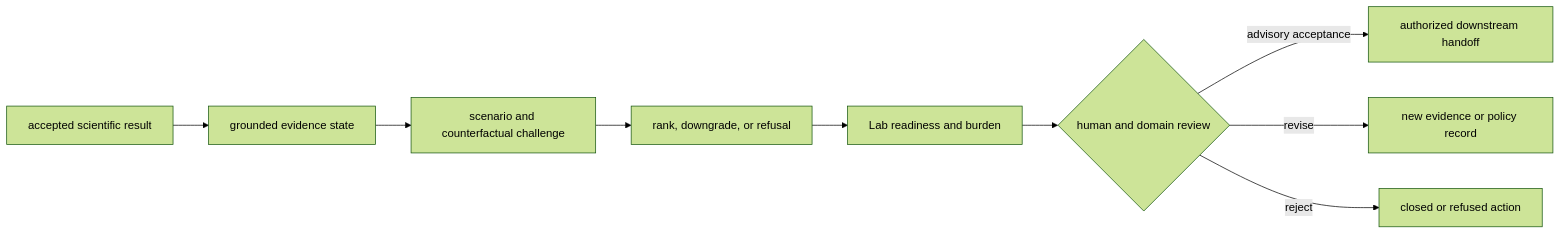
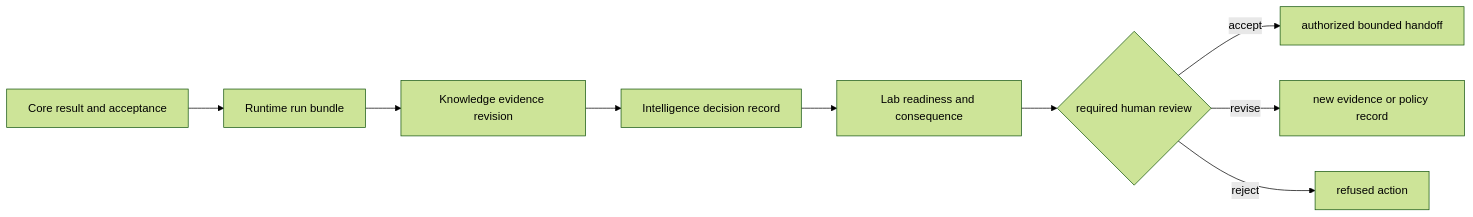
Before and after one commit to bijux/bijux-proteomics: the diagram in docs/01-bijux-proteomics/foundation/decision-support.md, drawn with Mermaid (forest theme). The commit also changed other lines of this file and 2 other files, not shown here.

Commit message:
docs(decisions): define evidence and authority language

````diff
--- a/docs/01-bijux-proteomics/foundation/decision-support.md
+++ b/docs/01-bijux-proteomics/foundation/decision-support.md
@@ -19,11 +19,11 @@
 ```mermaid
 flowchart LR
-    result["accepted scientific result"] --> evidence["grounded evidence state"]
-    evidence --> challenge["scenario and counterfactual challenge"]
-    challenge --> recommendation["rank, downgrade, or refusal"]
-    recommendation --> readiness["Lab readiness and burden"]
-    readiness --> review{"human and domain review"}
-    review -->|advisory acceptance| handoff["authorized downstream handoff"]
-    review -->|revise| revision["new evidence or policy record"]
-    review -->|reject| closed["closed or refused action"]
+    S["Core result and acceptance"] --> R["Runtime run bundle"]
+    R --> K["Knowledge evidence revision"]
+    K --> I["Intelligence decision record"]
+    I --> L["Lab readiness and consequence"]
+    L --> H{"required human review"}
+    H -->|accept| A["authorized bounded handoff"]
+    H -->|revise| N["new evidence or policy record"]
+    H -->|reject| X["refused action"]
 ```
````
